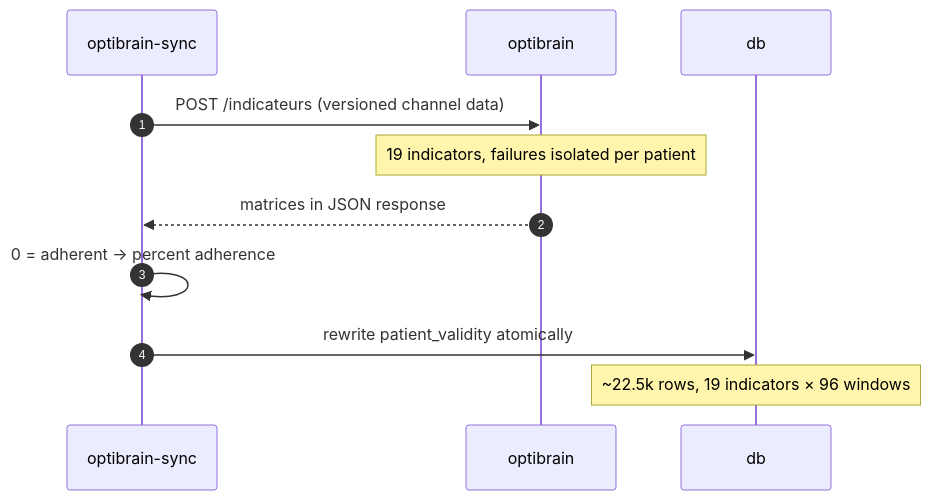
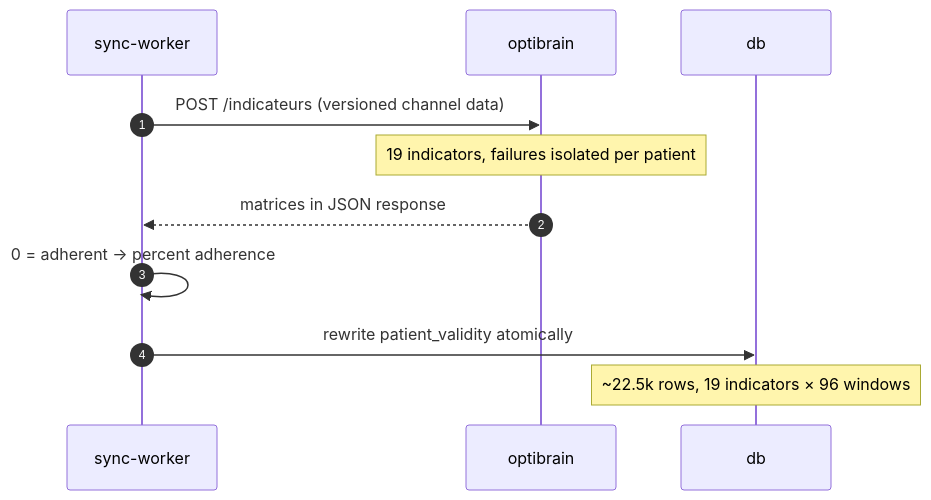
Before and after one commit to sadc-lab/MYPICU: the diagram in docs/services/optibrain.md, drawn with Mermaid. The commit also changed other lines of this file and 25 other files, not shown here.

First line of the commit message:
refactor: generalize sync worker for module adapters

````diff
--- a/docs/services/optibrain.md
+++ b/docs/services/optibrain.md
@@ -101,14 +101,14 @@
 ```{mermaid}
 sequenceDiagram
     autonumber
-    participant W as optibrain-sync
+    participant W as sync-worker
     participant O as optibrain
     participant P as db
 
     W->>O: POST /indicateurs (versioned channel data)
     Note over O: 19 indicators, failures isolated per patient
     O-->>W: matrices in JSON response
     W->>W: 0 = adherent → percent adherence
     W->>P: rewrite patient_validity atomically
     Note over P: ~22.5k rows, 19 indicators × 96 windows
 ```
````
